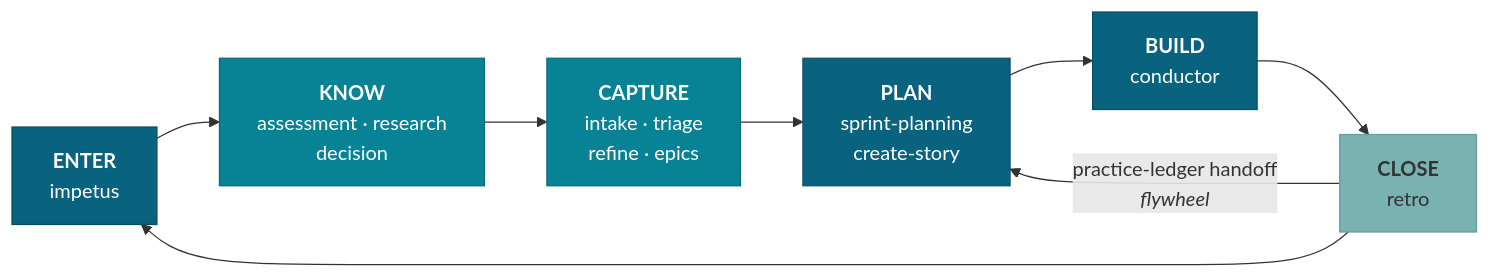
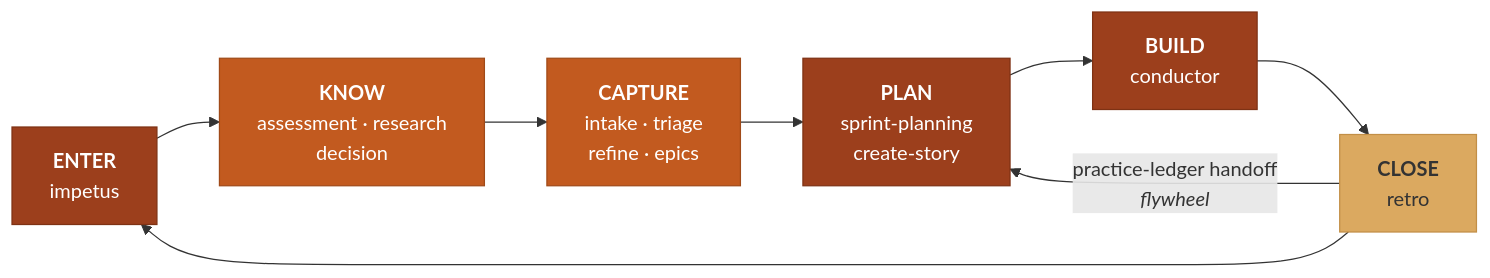
Before and after one commit to iamsteveholmes/momentum: the first of 2 diagrams in README.md, drawn with Mermaid. The commit also changed other lines of this file and 4 other files, not shown here.

````diff
--- a/README.md
+++ b/README.md
@@ -42,20 +42,20 @@
 ```mermaid
 graph LR
     E["<b>ENTER</b><br/>impetus"]
     K["<b>KNOW</b><br/>assessment · research<br/>decision"]
     C["<b>CAPTURE</b><br/>intake · triage<br/>refine · epics"]
     P["<b>PLAN</b><br/>sprint-planning<br/>create-story"]
     B["<b>BUILD</b><br/>conductor"]
     X["<b>CLOSE</b><br/>retro"]
 
     E --> K --> C --> P --> B --> X
     X --> E
     X -- "practice-ledger handoff<br/><i>flywheel</i>" --> P
 
-    style E fill:#09637E,stroke:#074f65,color:#fff
-    style C fill:#088395,stroke:#066a78,color:#fff
-    style K fill:#088395,stroke:#066a78,color:#fff
-    style P fill:#09637E,stroke:#074f65,color:#fff
-    style B fill:#09637E,stroke:#074f65,color:#fff
-    style X fill:#7AB2B2,stroke:#629e9e,color:#333
+    style E fill:#9C3F1C,stroke:#7E3214,color:#fff
+    style C fill:#C25A1F,stroke:#A04A18,color:#fff
+    style K fill:#C25A1F,stroke:#A04A18,color:#fff
+    style P fill:#9C3F1C,stroke:#7E3214,color:#fff
+    style B fill:#9C3F1C,stroke:#7E3214,color:#fff
+    style X fill:#DBA960,stroke:#C28F47,color:#333
 ```
````
